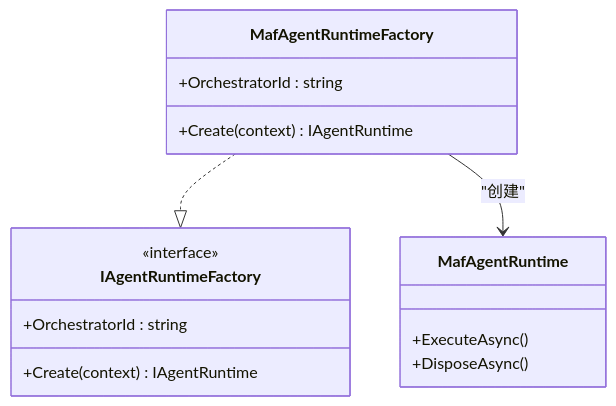
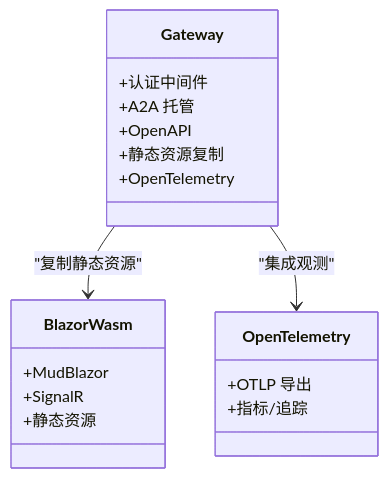
The third of 8 diagrams in .qoder/repowiki/zh/content/项目概述/技术栈概览.md (wayyet/kingcrab), drawn with Mermaid before and after one commit. The commit also changed other lines of this file and 431 other files, not shown here.

````diff
--- a/.qoder/repowiki/zh/content/项目概述/技术栈概览.md
+++ b/.qoder/repowiki/zh/content/项目概述/技术栈概览.md
@@ -242,18 +166,21 @@
 ```mermaid
 classDiagram
-class MafAgentRuntimeFactory {
-+OrchestratorId : string
-+Create(context) IAgentRuntime
+class Gateway {
++认证中间件
++A2A 托管
++OpenAPI
++静态资源复制
++OpenTelemetry
 }
-class MafAgentRuntime {
-+ExecuteAsync()
-+DisposeAsync()
+class BlazorWasm {
++MudBlazor
++SignalR
++静态资源
 }
-class IAgentRuntimeFactory {
-<<interface>>
-+OrchestratorId : string
-+Create(context) IAgentRuntime
+class OpenTelemetry {
++OTLP 导出
++指标/追踪
 }
-MafAgentRuntimeFactory ..|> IAgentRuntimeFactory
-MafAgentRuntimeFactory --> MafAgentRuntime : "创建"
+Gateway --> BlazorWasm : "复制静态资源"
+Gateway --> OpenTelemetry : "集成观测"
 ```
````
